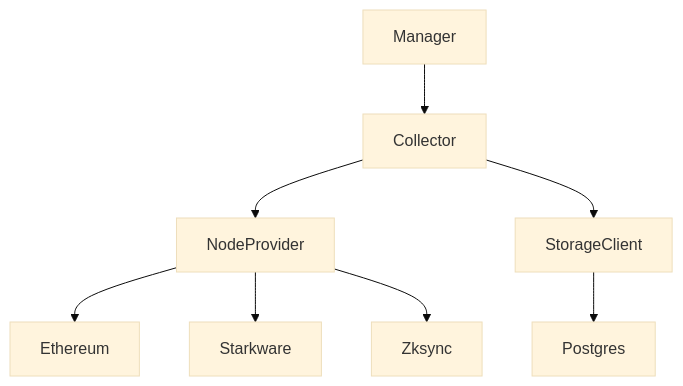
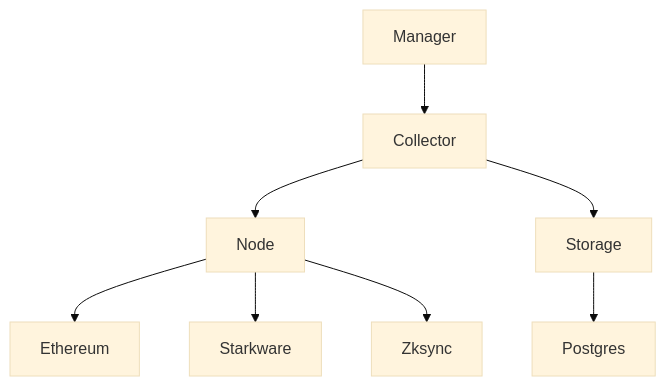
One commit to lbkolev/eventify changed the diagram in crates/eventify-core/README.md. Above: the diagram before and after it, drawn with Mermaid (base theme). The commit also changed 19 other files, not shown here.

````diff
--- a/crates/eventify-core/README.md
+++ b/crates/eventify-core/README.md
@@ -5,10 +5,10 @@
 ```mermaid
 graph TD
     Manager --> Collector
-    Collector --> NodeProvider
-    Collector --> StorageClient
-    NodeProvider --> Ethereum
-    NodeProvider --> Starkware
-    NodeProvider --> Zksync
-    StorageClient --> Postgres
+    Collector --> Node
+    Collector --> Storage
+    Node --> Ethereum
+    Node --> Starkware
+    Node --> Zksync
+    Storage --> Postgres
 ```
````
